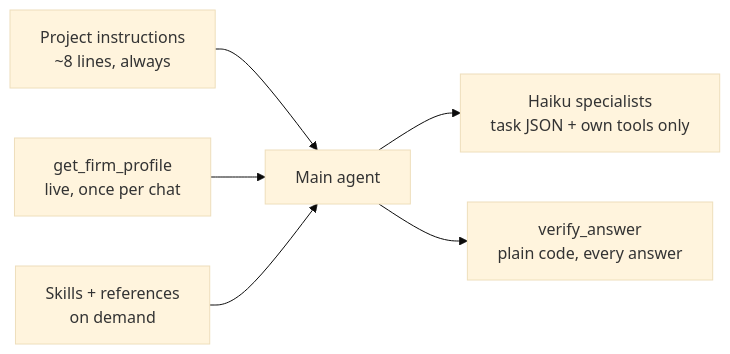
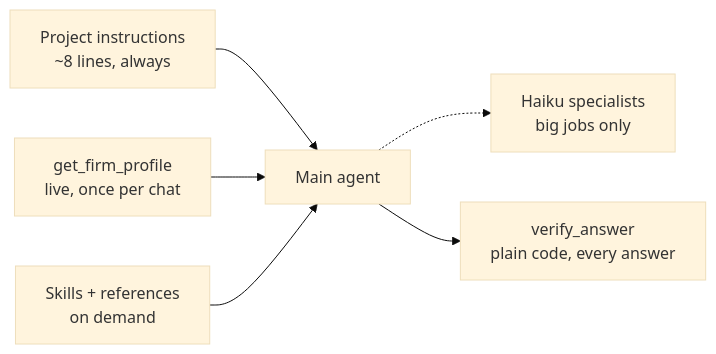
The fifth of 5 diagrams in architecture/design/agents.md (florinmarcus/builders_lab), drawn with Mermaid (base theme) before and after one commit. The commit also changed other lines of this file and 23 other files, not shown here.

````diff
--- a/architecture/design/agents.md
+++ b/architecture/design/agents.md
@@ -140,8 +145,8 @@
 ```mermaid
 flowchart LR
     pi["Project instructions<br/>~8 lines, always"] --> main["Main agent"]
     prof["get_firm_profile<br/>live, once per chat"] --> main
     sk["Skills + references<br/>on demand"] --> main
-    main --> sa["Haiku specialists<br/>task JSON + own tools only"]
+    main -.-> sa["Haiku specialists<br/>big jobs only"]
     main --> va["verify_answer<br/>plain code, every answer"]
 ```
````
